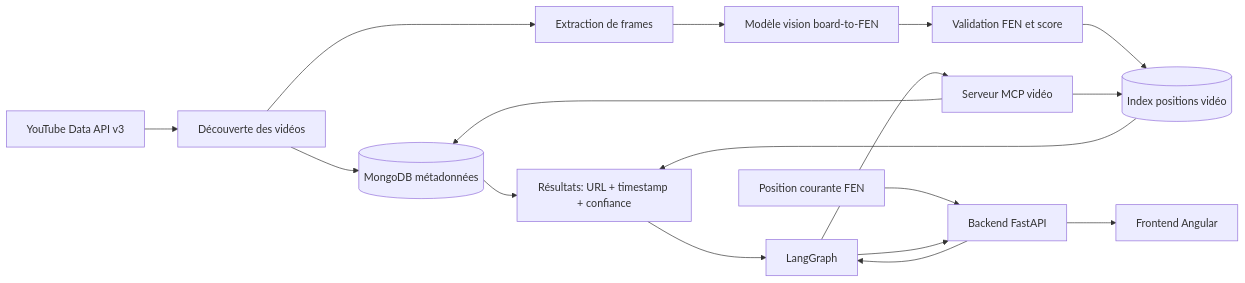
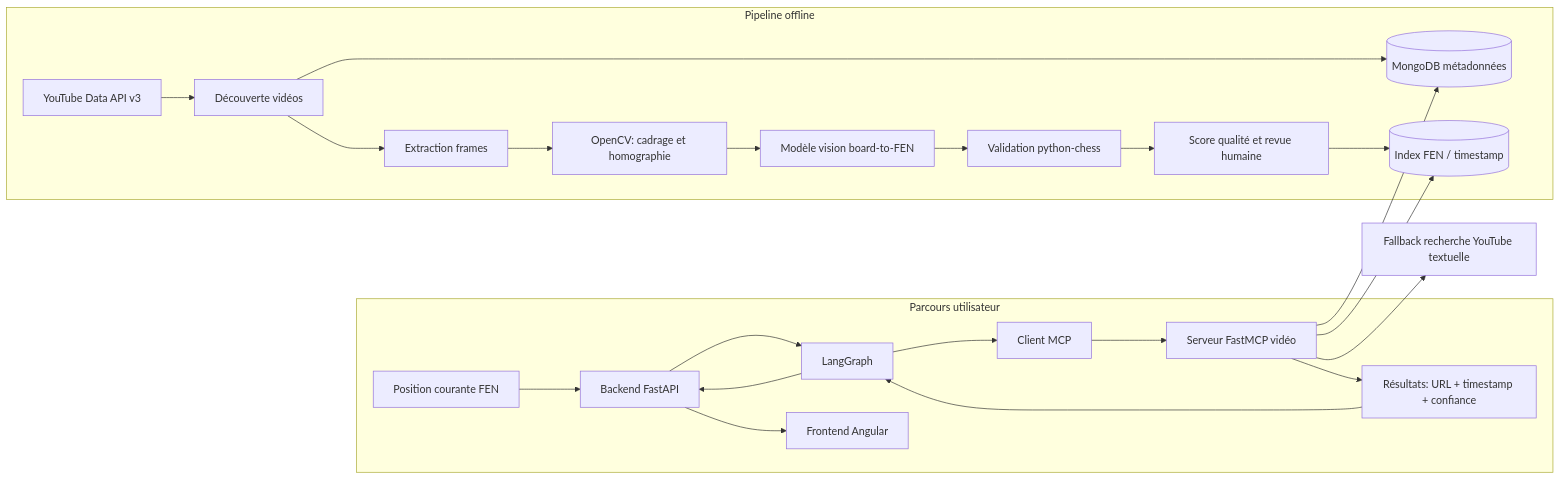
Before and after one commit to lucasdlb/oc-p13: the diagram in docs/mcp-video-position-index.md, drawn with Mermaid. The commit also changed other lines of this file and 9 other files, not shown here.

Commit message:
chore: version runtime opening tree data

````diff
--- a/docs/mcp-video-position-index.md
+++ b/docs/mcp-video-position-index.md
@@ -135,20 +197,28 @@
 ```mermaid
 flowchart LR
-    Y[YouTube Data API v3] --> D[Découverte des vidéos]
-    D --> M[(MongoDB métadonnées)]
-    D --> F[Extraction de frames]
-    F --> V[Modèle vision board-to-FEN]
-    V --> L[Validation FEN et score]
-    L --> I[(Index positions vidéo)]
+    subgraph Offline[Pipeline offline]
+        Y[YouTube Data API v3] --> D[Découverte vidéos]
+        D --> M[(MongoDB métadonnées)]
+        D --> F[Extraction frames]
+        F --> O[OpenCV: cadrage et homographie]
+        O --> V[Modèle vision board-to-FEN]
+        V --> L[Validation python-chess]
+        L --> Q[Score qualité et revue humaine]
+        Q --> I[(Index FEN / timestamp)]
+    end
 
-    P[Position courante FEN] --> B[Backend FastAPI]
-    B --> G[LangGraph]
-    G --> MCP[Serveur MCP vidéo]
-    MCP --> I
-    MCP --> M
-    I --> R[Résultats: URL + timestamp + confiance]
-    M --> R
-    R --> G
-    G --> B
-    B --> UI[Frontend Angular]
+    subgraph Runtime[Parcours utilisateur]
+        P[Position courante FEN] --> B[Backend FastAPI]
+        B --> G[LangGraph]
+        G --> C[Client MCP]
+        C --> MCP[Serveur FastMCP vidéo]
+        MCP --> I
+        MCP --> M
+        MCP --> R[Résultats: URL + timestamp + confiance]
+        R --> G
+        G --> B
+        B --> UI[Frontend Angular]
+    end
+
+    MCP --> Fallback[Fallback recherche YouTube textuelle]
 ```
````
